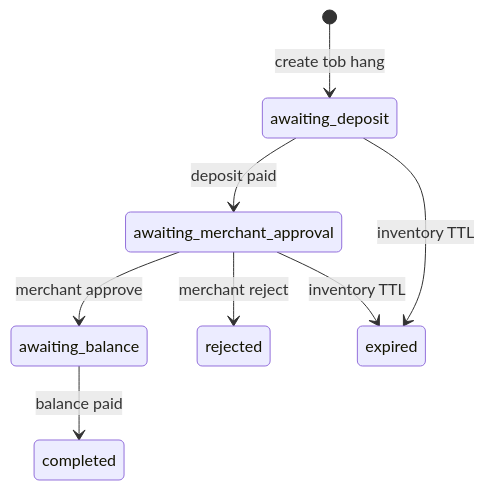
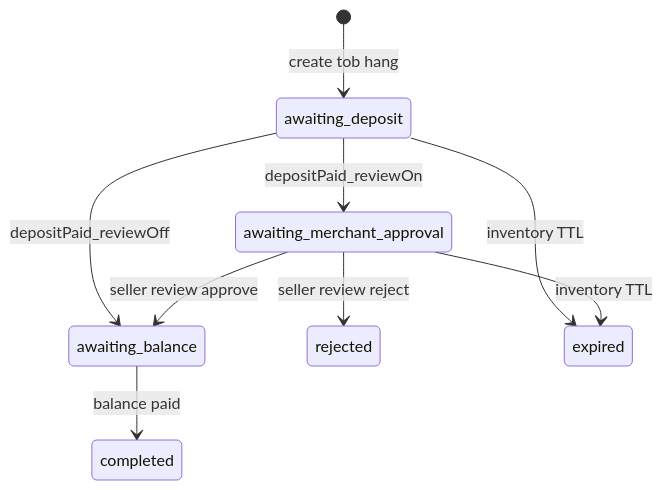
Before and after one commit to Aiweline/WelineFramework: the diagram in app/code/Weline/B2B/doc/hang-status-state.md, drawn with Mermaid. The commit also changed other lines of this file and 35 other files, not shown here.

````diff
--- a/app/code/Weline/B2B/doc/hang-status-state.md
+++ b/app/code/Weline/B2B/doc/hang-status-state.md
@@ -3,10 +3,11 @@
 ```mermaid
 stateDiagram-v2
     [*] --> awaiting_deposit: create tob hang
-    awaiting_deposit --> awaiting_merchant_approval: deposit paid
-    awaiting_merchant_approval --> awaiting_balance: merchant approve
-    awaiting_merchant_approval --> rejected: merchant reject
+    awaiting_deposit --> awaiting_merchant_approval: depositPaid_reviewOn
+    awaiting_deposit --> awaiting_balance: depositPaid_reviewOff
+    awaiting_merchant_approval --> awaiting_balance: seller review approve
+    awaiting_merchant_approval --> rejected: seller review reject
     awaiting_balance --> completed: balance paid
     awaiting_deposit --> expired: inventory TTL
     awaiting_merchant_approval --> expired: inventory TTL
 ```
````
